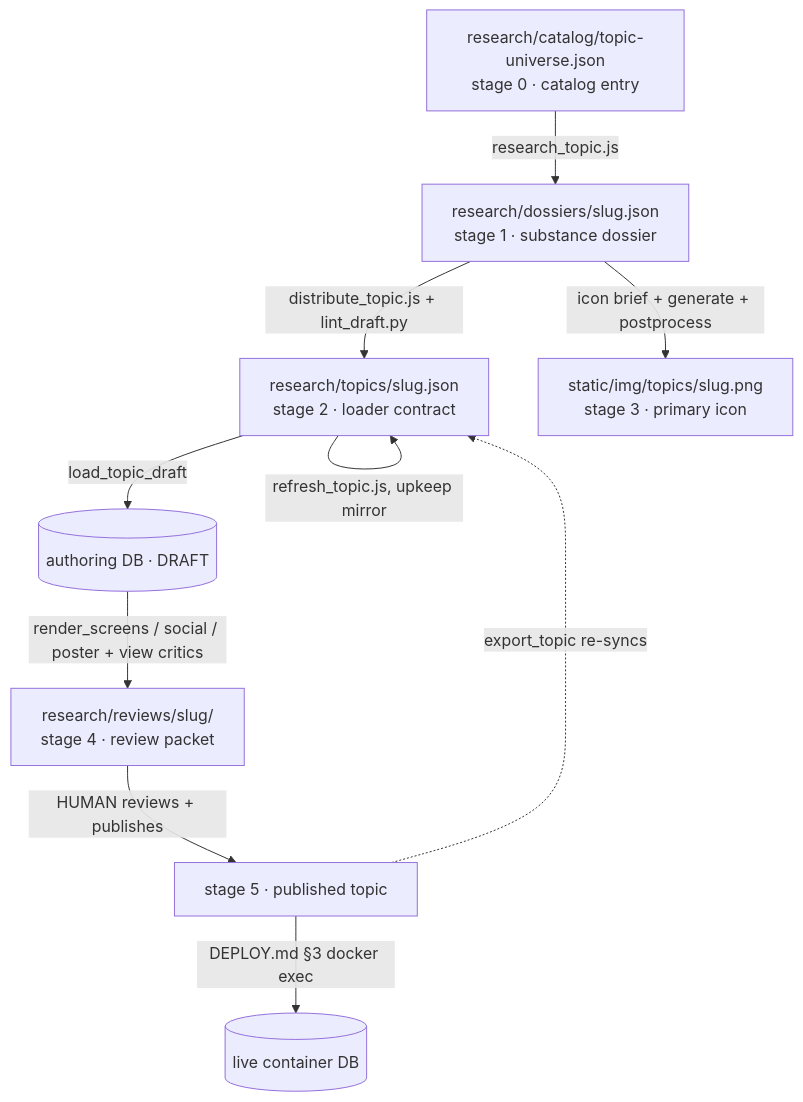
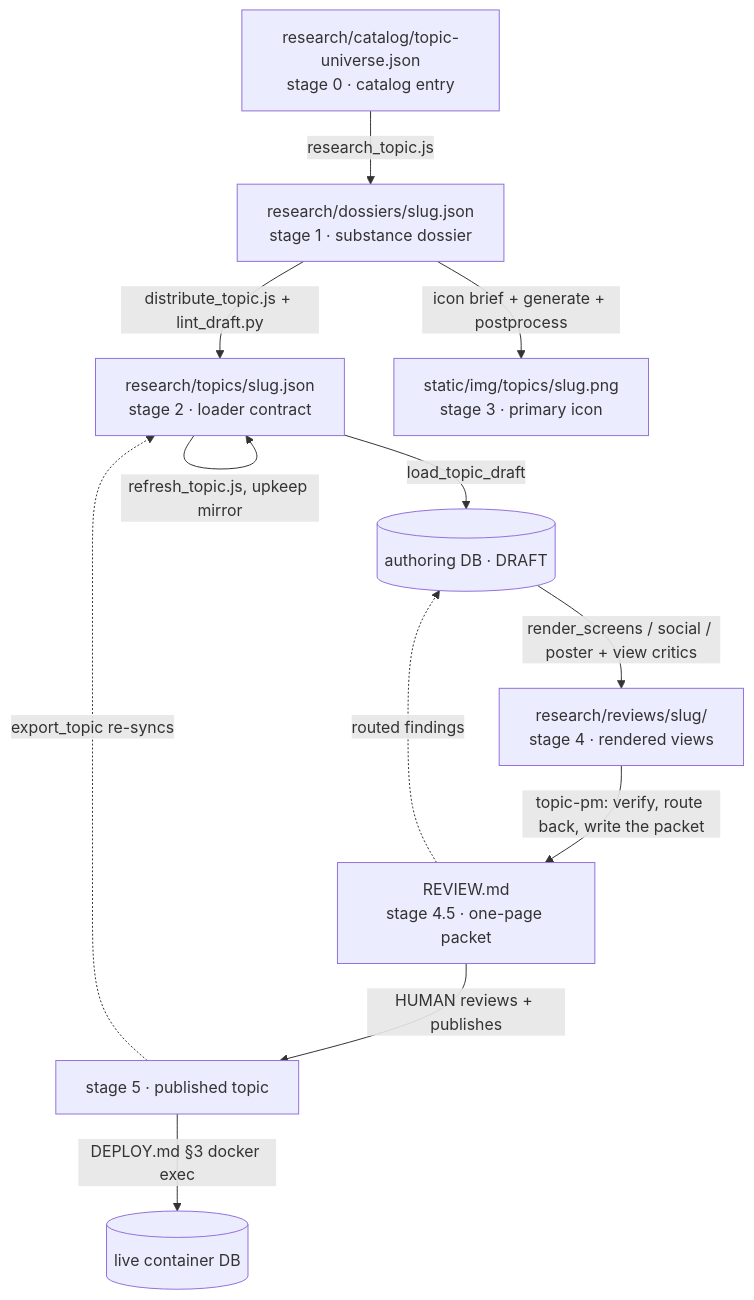
The diagram in research/ENGINE.md (Ideya-AI/Ideya), drawn with Mermaid before and after one commit. The commit also changed other lines of this file and 3 other files, not shown here.

````diff
--- a/research/ENGINE.md
+++ b/research/ENGINE.md
@@ -45,12 +45,14 @@
 ```mermaid
 flowchart TD
     C[research/catalog/topic-universe.json<br/>stage 0 · catalog entry] -->|research_topic.js| D[research/dossiers/slug.json<br/>stage 1 · substance dossier]
     D -->|distribute_topic.js + lint_draft.py| J[research/topics/slug.json<br/>stage 2 · loader contract]
     J -->|load_topic_draft| DB[(authoring DB · DRAFT)]
     D -->|icon brief + generate + postprocess| I[static/img/topics/slug.png<br/>stage 3 · primary icon]
-    DB -->|render_screens / social / poster + view critics| R[research/reviews/slug/<br/>stage 4 · review packet]
-    R -->|HUMAN reviews + publishes| P[stage 5 · published topic]
+    DB -->|render_screens / social / poster + view critics| R[research/reviews/slug/<br/>stage 4 · rendered views]
+    R -->|topic-pm: verify, route back, write the packet| Q[REVIEW.md<br/>stage 4.5 · one-page packet]
+    Q -.->|routed findings| DB
+    Q -->|HUMAN reviews + publishes| P[stage 5 · published topic]
     P -->|DEPLOY.md §3 docker exec| L[(live container DB)]
     P -.->|export_topic re-syncs| J
     J -->|refresh_topic.js, upkeep mirror| J
 ```
````
